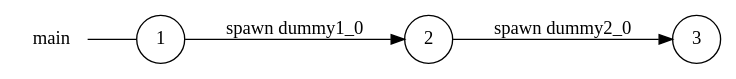
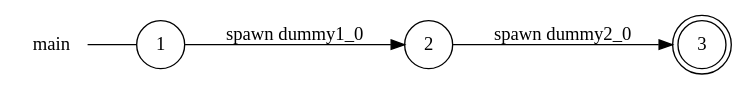
The diagram in examples/async/main_local_view.dot (gabrielegenovese/chorer), drawn with Graphviz before and after one commit. The commit also changed 36 other files, not shown here.

```diff
--- a/examples/async/main_local_view.dot
+++ b/examples/async/main_local_view.dot
@@ -1,11 +1,11 @@
 digraph main {
 	rankdir="LR";
 	n_0 [label="main", shape="plaintext"];
 	n_1 [id="1", shape=circle, label="1"];
 	n_0 -> n_1 [arrowhead=none];
 	n_2 [id="2", shape=circle, label="2"];
-	n_3 [id="3", shape=circle, label="3"];
+	n_3 [id="3", shape=doublecircle, label="3"];
 
 	n_1 -> n_2 [id="[$e|1]", label="spawn dummy1_0"];
 	n_2 -> n_3 [id="[$e|0]", label="spawn dummy2_0"];
 }
```
